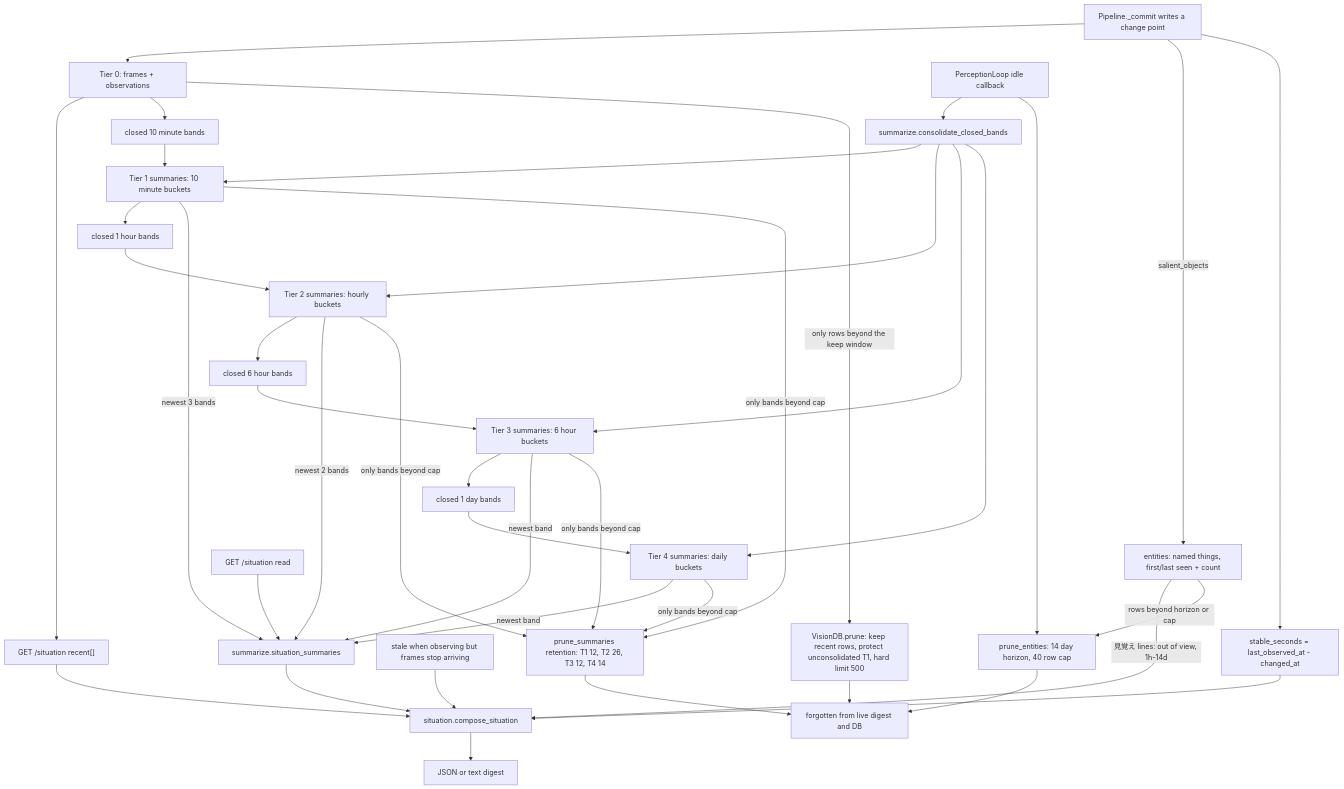
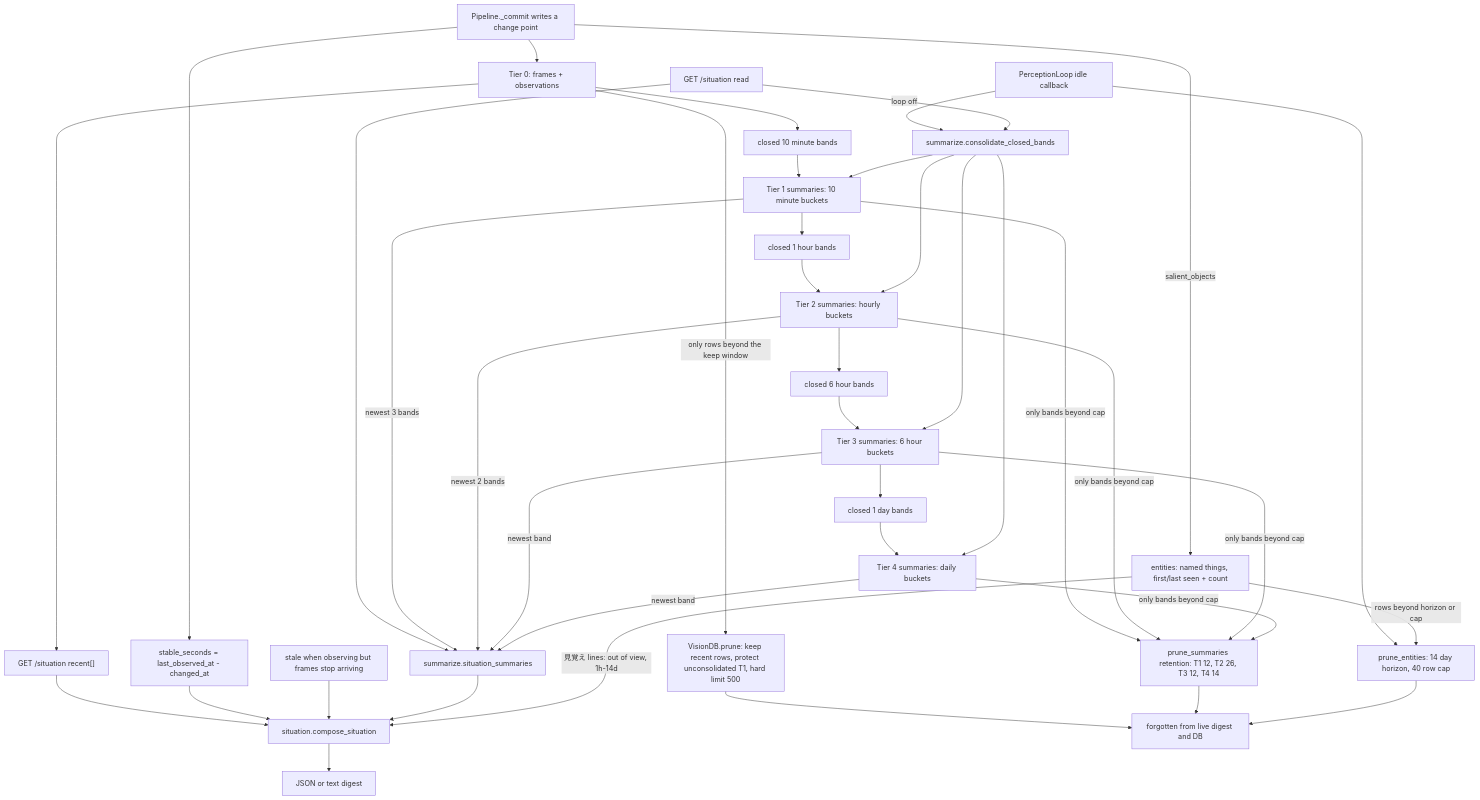
Before and after one commit to amariichi/MinimumHeadroom: the second of 3 diagrams in doc/guides/m12-vision.md, drawn with Mermaid. The commit also changed other lines of this file and 17 other files, not shown here.

````diff
--- a/doc/guides/m12-vision.md
+++ b/doc/guides/m12-vision.md
@@ -117,66 +117,67 @@
 ```mermaid
 flowchart TB
   Commit["Pipeline._commit writes a change point"]
   T0["Tier 0: frames + observations"]
   Entities["entities: named things, first/last seen + count"]
   Recent["GET /situation recent[]"]
   Stable["stable_seconds = last_observed_at - changed_at"]
   Stale["stale when observing but frames stop arriving"]
 
   Band1["closed 10 minute bands"]
   T1["Tier 1 summaries: 10 minute buckets"]
   Band2["closed 1 hour bands"]
   T2["Tier 2 summaries: hourly buckets"]
   Band3["closed 6 hour bands"]
   T3["Tier 3 summaries: 6 hour buckets"]
   Band4["closed 1 day bands"]
   T4["Tier 4 summaries: daily buckets"]
   Idle["PerceptionLoop idle callback"]
   Read["GET /situation read"]
   Consolidate["summarize.consolidate_closed_bands"]
   SituationSummaries["summarize.situation_summaries"]
   Compose["situation.compose_situation"]
   Render["JSON or text digest"]
   PruneRaw["VisionDB.prune: keep recent rows, protect unconsolidated T1, hard limit 500"]
   PruneSummaries["prune_summaries retention: T1 12, T2 26, T3 12, T4 14"]
   PruneEntities["prune_entities: 14 day horizon, 40 row cap"]
   Forgotten["forgotten from live digest and DB"]
   Commit --> T0
   Commit -- "salient_objects" --> Entities
   Commit --> Stable
   T0 --> Recent
   T0 --> Band1
   Band1 --> T1
   T1 --> Band2
   Band2 --> T2
   T2 --> Band3
   Band3 --> T3
   T3 --> Band4
   Band4 --> T4
   Idle --> Consolidate
+  Read -- "loop off" --> Consolidate
   Consolidate --> T1
   Consolidate --> T2
   Consolidate --> T3
   Consolidate --> T4
   Read --> SituationSummaries
   T1 -- "newest 3 bands" --> SituationSummaries
   T2 -- "newest 2 bands" --> SituationSummaries
   T3 -- "newest band" --> SituationSummaries
   T4 -- "newest band" --> SituationSummaries
   Recent --> Compose
   Stable --> Compose
   Stale --> Compose
   SituationSummaries --> Compose
   Entities -- "見覚え lines: out of view, 1h-14d" --> Compose
   Compose --> Render
   T0 -- "only rows beyond the keep window" --> PruneRaw
   T1 -- "only bands beyond cap" --> PruneSummaries
   T2 -- "only bands beyond cap" --> PruneSummaries
   T3 -- "only bands beyond cap" --> PruneSummaries
   T4 -- "only bands beyond cap" --> PruneSummaries
   Idle --> PruneEntities
   Entities -- "rows beyond horizon or cap" --> PruneEntities
   PruneRaw --> Forgotten
   PruneSummaries --> Forgotten
   PruneEntities --> Forgotten
 ```
````
